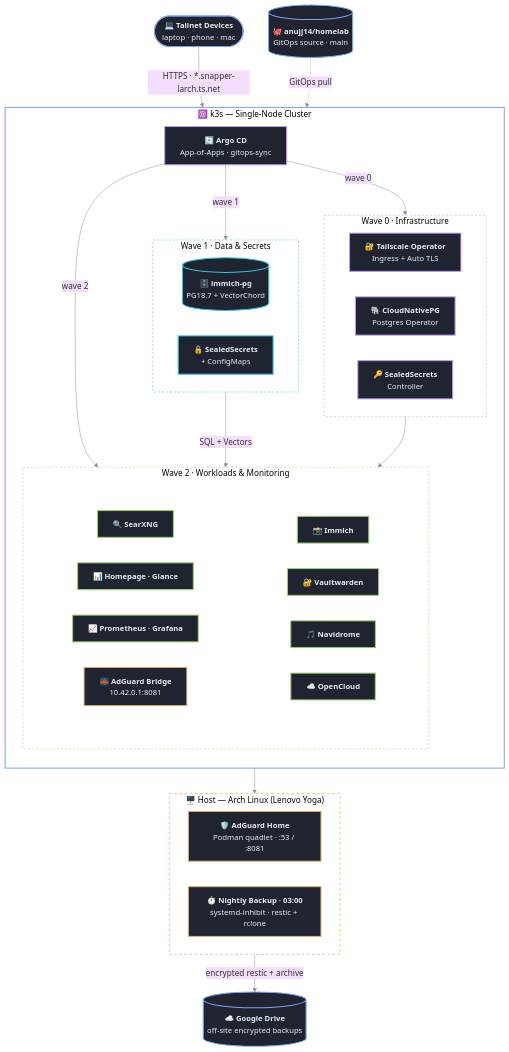
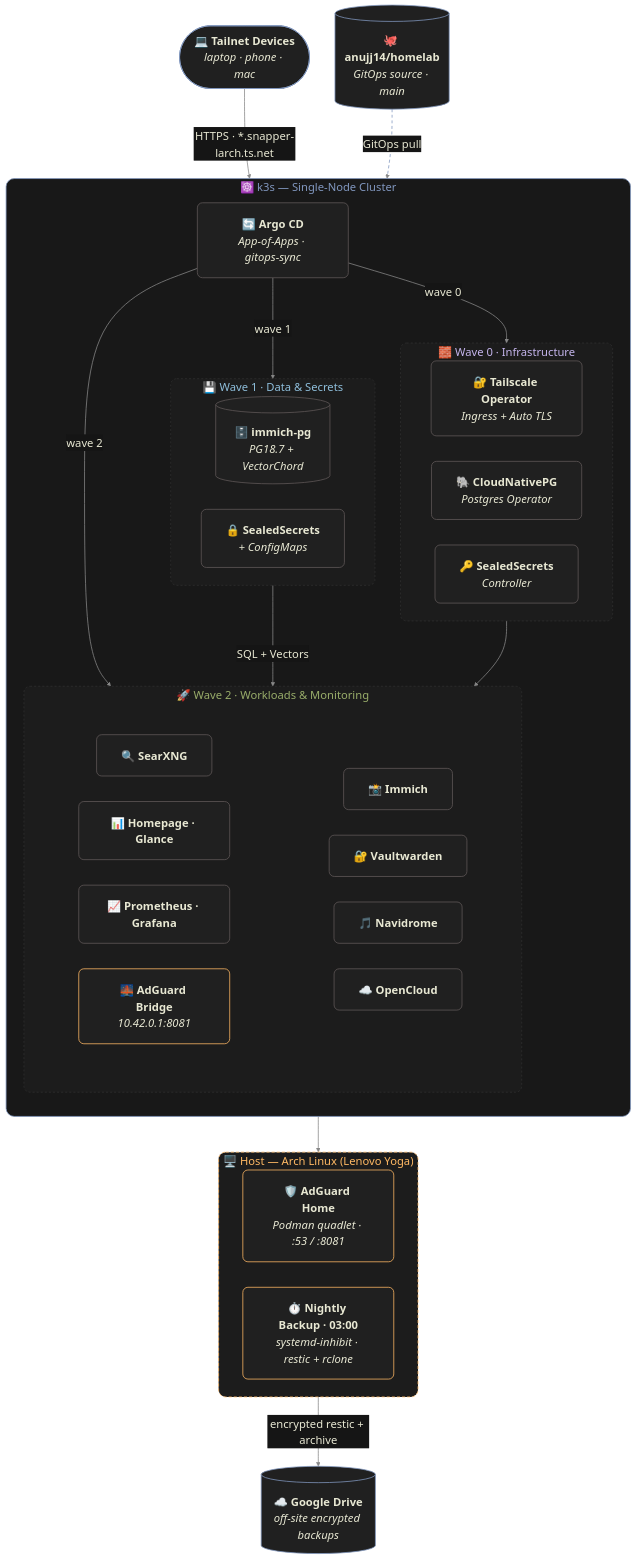
Before and after one commit to anujj14/homelab: the diagram in README.md, drawn with Mermaid.

Commit message:
updating mermaid diagram

````diff
--- a/README.md
+++ b/README.md
@@ -26,34 +26,49 @@
 ```mermaid
-%%{init: {'theme': 'base', 'themeVariables': { 'fontSize': '16px', 'fontFamily': 'ui-sans-serif, system-ui, sans-serif', 'lineColor': '#8b949e' }}}%%
+%%{init: {
+  'theme': 'base',
+  'flowchart': { 'curve': 'basis', 'nodeSpacing': 50, 'rankSpacing': 70, 'padding': 24, 'htmlLabels': true },
+  'themeVariables': {
+    'fontSize': '22px',
+    'fontFamily': 'JetBrains Mono, Fira Code, ui-monospace, SFMono-Regular, Menlo, Consolas, monospace',
+    'background': '#151515',
+    'primaryColor': '#202020',
+    'primaryTextColor': '#e8e8d3',
+    'primaryBorderColor': '#605958',
+    'lineColor': '#888888',
+    'edgeLabelBackground': '#151515',
+    'clusterBkg': '#1c1c1c',
+    'clusterBorder': '#3a3a3a'
+  }
+}}%%
 flowchart TB
-    client(["<b>💻 Tailnet Devices</b><br/>laptop · phone · mac"]):::external
-    git[("<b>🐙 anujj14/homelab</b><br/>GitOps source · main")]:::external
-    drive[("<b>☁️ Google Drive</b><br/>off-site encrypted backups")]:::external
+    client(["<b>💻 Tailnet Devices</b><br/><i>laptop · phone · mac</i>"]):::external
+    git[("<b>🐙 anujj14/homelab</b><br/><i>GitOps source · main</i>")]:::external
+    drive[("<b>☁️ Google Drive</b><br/><i>off-site encrypted backups</i>")]:::external
 
     subgraph host["🖥️ Host — Arch Linux (Lenovo Yoga)"]
         direction LR
-        adguard["<b>🛡️ AdGuard Home</b><br/>Podman quadlet · :53 / :8081"]:::hostNode
-        timer["<b>⏱️ Nightly Backup · 03:00</b><br/>systemd-inhibit · restic + rclone"]:::hostNode
+        adguard["<b>🛡️ AdGuard Home</b><br/><i>Podman quadlet · :53 / :8081</i>"]:::hostNode
+        timer["<b>⏱️ Nightly Backup · 03:00</b><br/><i>systemd-inhibit · restic + rclone</i>"]:::hostNode
     end
 
     subgraph k3s["☸️ k3s — Single-Node Cluster"]
         direction TB
-        argocd["<b>🔄 Argo CD</b><br/>App-of-Apps · gitops-sync"]:::core
+        argocd["<b>🔄 Argo CD</b><br/><i>App-of-Apps · gitops-sync</i>"]:::core
 
-        subgraph w0["Wave 0 · Infrastructure"]
+        subgraph w0["🧱 Wave 0 · Infrastructure"]
             direction LR
-            tsop["<b>🔐 Tailscale Operator</b><br/>Ingress + Auto TLS"]:::core
-            cnpg["<b>🐘 CloudNativePG</b><br/>Postgres Operator"]:::core
-            sealed["<b>🔑 SealedSecrets</b><br/>Controller"]:::core
+            tsop["<b>🔐 Tailscale Operator</b><br/><i>Ingress + Auto TLS</i>"]:::core
+            cnpg["<b>🐘 CloudNativePG</b><br/><i>Postgres Operator</i>"]:::core
+            sealed["<b>🔑 SealedSecrets</b><br/><i>Controller</i>"]:::core
         end
 
-        subgraph w1["Wave 1 · Data & Secrets"]
+        subgraph w1["💾 Wave 1 · Data & Secrets"]
             direction LR
-            pg[("<b>🗄️ immich-pg</b><br/>PG18.7 + VectorChord")]:::data
-            ss["<b>🔒 SealedSecrets</b><br/>+ ConfigMaps"]:::data
+            pg[("<b>🗄️ immich-pg</b><br/><i>PG18.7 + VectorChord</i>")]:::data
+            ss["<b>🔒 SealedSecrets</b><br/><i>+ ConfigMaps</i>"]:::data
         end
 
-        subgraph w2["Wave 2 · Workloads & Monitoring"]
+        subgraph w2["🚀 Wave 2 · Workloads & Monitoring"]
             direction TB
             subgraph w2a[" "]
                 direction LR
@@ -67,7 +82,7 @@
                 sx["<b>🔍 SearXNG</b>"]:::app
                 dash["<b>📊 Homepage · Glance</b>"]:::app
                 obs["<b>📈 Prometheus · Grafana</b>"]:::app
-                bridge["<b>🌉 AdGuard Bridge</b><br/>10.42.0.1:8081"]:::hostNode
+                bridge["<b>🌉 AdGuard Bridge</b><br/><i>10.42.0.1:8081</i>"]:::hostNode
             end
         end
     end
@@ -82,18 +97,23 @@
     pg -->|"SQL + Vectors"| immich
     timer -->|"encrypted restic + archive"| drive
 
-    classDef external fill:#1f2430,stroke:#7aa2f7,stroke-width:2px,color:#e6edf3,font-size:15px
-    classDef hostNode fill:#1f2430,stroke:#e0af68,stroke-width:2px,color:#e6edf3,font-size:15px
-    classDef core fill:#1f2430,stroke:#bb9af7,stroke-width:2px,color:#e6edf3,font-size:15px
-    classDef data fill:#1f2430,stroke:#2ac3de,stroke-width:2px,color:#e6edf3,font-size:15px
-    classDef app fill:#1f2430,stroke:#9ece6a,stroke-width:2px,color:#e6edf3,font-size:15px
+    %% ── Jellybeans: flat dark nodes, muted outlines ──
+    classDef external fill:#202020,stroke:#8197bf,stroke-width:1.5px,color:#e8e8d3,rx:10,ry:10
+    classDef hostNode fill:#202020,stroke:#ffb964,stroke-width:1.5px,color:#e8e8d3,rx:10,ry:10
+    classDef core     fill:#202020,stroke:#605958,stroke-width:1.5px,color:#e8e8d3,rx:10,ry:10
+    classDef data     fill:#202020,stroke:#605958,stroke-width:1.5px,color:#e8e8d3,rx:10,ry:10
+    classDef app      fill:#202020,stroke:#605958,stroke-width:1.5px,color:#e8e8d3,rx:10,ry:10
 
-    style host fill:transparent,stroke:#e0af68,stroke-width:1.5px,stroke-dasharray:5 5
-    style k3s fill:transparent,stroke:#7aa2f7,stroke-width:2px
-    style w0 fill:transparent,stroke:#bb9af7,stroke-dasharray:4 4
-    style w1 fill:transparent,stroke:#2ac3de,stroke-dasharray:4 4
-    style w2 fill:transparent,stroke:#9ece6a,stroke-dasharray:4 4
-    style w2a fill:transparent,stroke:none
-    style w2b fill:transparent,stroke:none
+    %% ── containers: neutral panels, color only in the titles ──
+    style host fill:#1c1c1c,stroke:#ffb964,stroke-width:1.5px,stroke-dasharray:6 4,color:#ffb964,rx:14,ry:14
+    style k3s  fill:#181818,stroke:#8197bf,stroke-width:1.5px,color:#8197bf,rx:16,ry:16
+    style w0   fill:#1c1c1c,stroke:#3a3a3a,stroke-width:1px,stroke-dasharray:4 4,color:#c6b6ee,rx:12,ry:12
+    style w1   fill:#1c1c1c,stroke:#3a3a3a,stroke-width:1px,stroke-dasharray:4 4,color:#8fbfdc,rx:12,ry:12
+    style w2   fill:#1c1c1c,stroke:#3a3a3a,stroke-width:1px,stroke-dasharray:4 4,color:#99ad6a,rx:12,ry:12
+    style w2a  fill:none,stroke:none
+    style w2b  fill:none,stroke:none
 
+    %% ── edges: quiet grey, GitOps pull dashed in blue ──
+    linkStyle default stroke:#888888,stroke-width:1.5px
+    linkStyle 1 stroke:#8197bf,stroke-width:1.5px,stroke-dasharray:6 5
 ```
````
